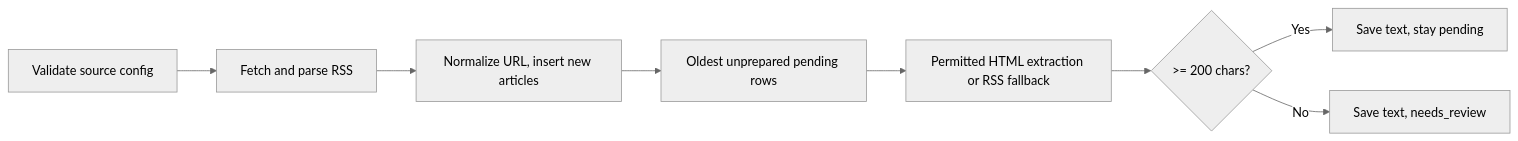
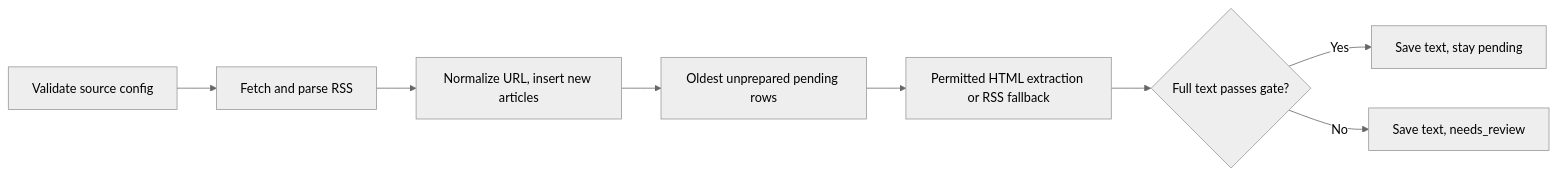
Before and after one commit to youngazier/vietnamese-news-summarization: the diagram in docs/specs/ingestion.md, drawn with Mermaid (neutral theme). The commit also changed other lines of this file and 20 other files, not shown here.

Commit message:
feat: preserve paragraphs, capture publisher meta, and add quality gate

````diff
--- a/docs/specs/ingestion.md
+++ b/docs/specs/ingestion.md
@@ -7,10 +7,10 @@
 ```mermaid
 flowchart LR
     Config[Validate source config] --> Feed[Fetch and parse RSS]
     Feed --> Insert[Normalize URL, insert new articles]
     Insert --> Pending[Oldest unprepared pending rows]
     Pending --> Text[Permitted HTML extraction or RSS fallback]
-    Text --> Quality{>= 200 chars?}
+    Text --> Quality{Full text passes gate?}
     Quality -->|Yes| Ready[Save text, stay pending]
     Quality -->|No| Review[Save text, needs_review]
 ```
````
